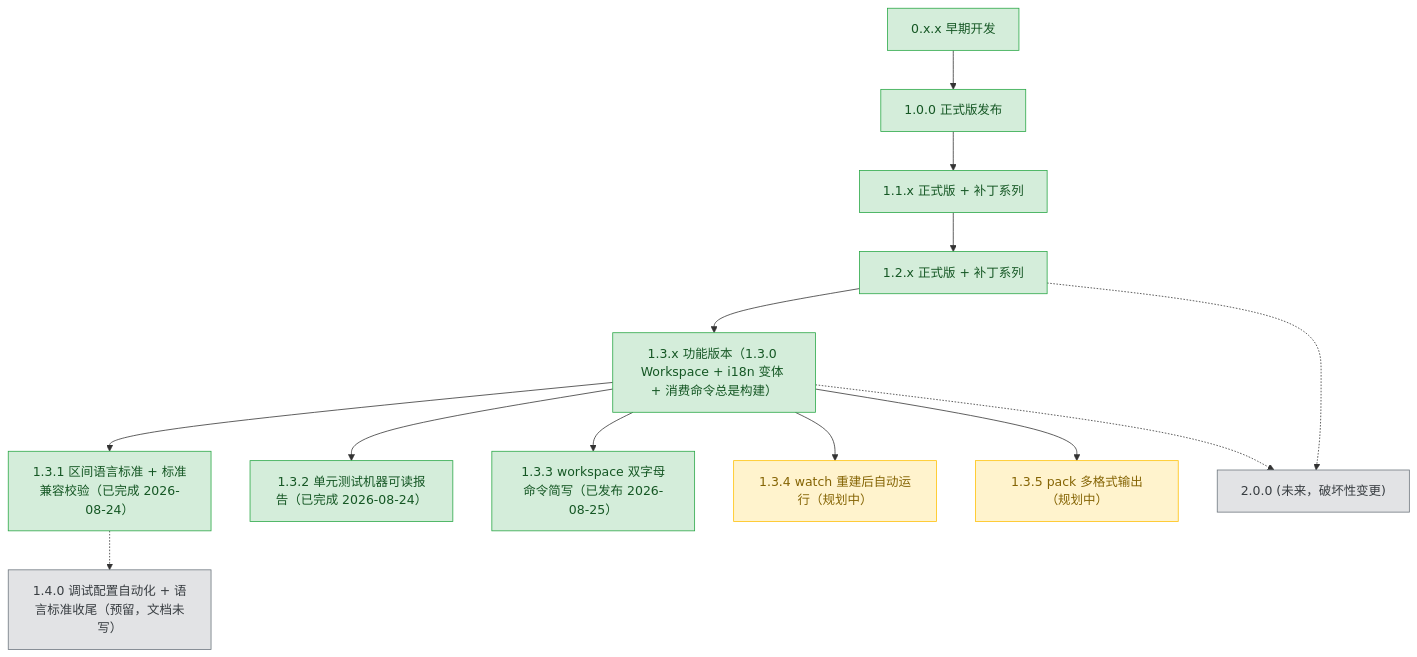
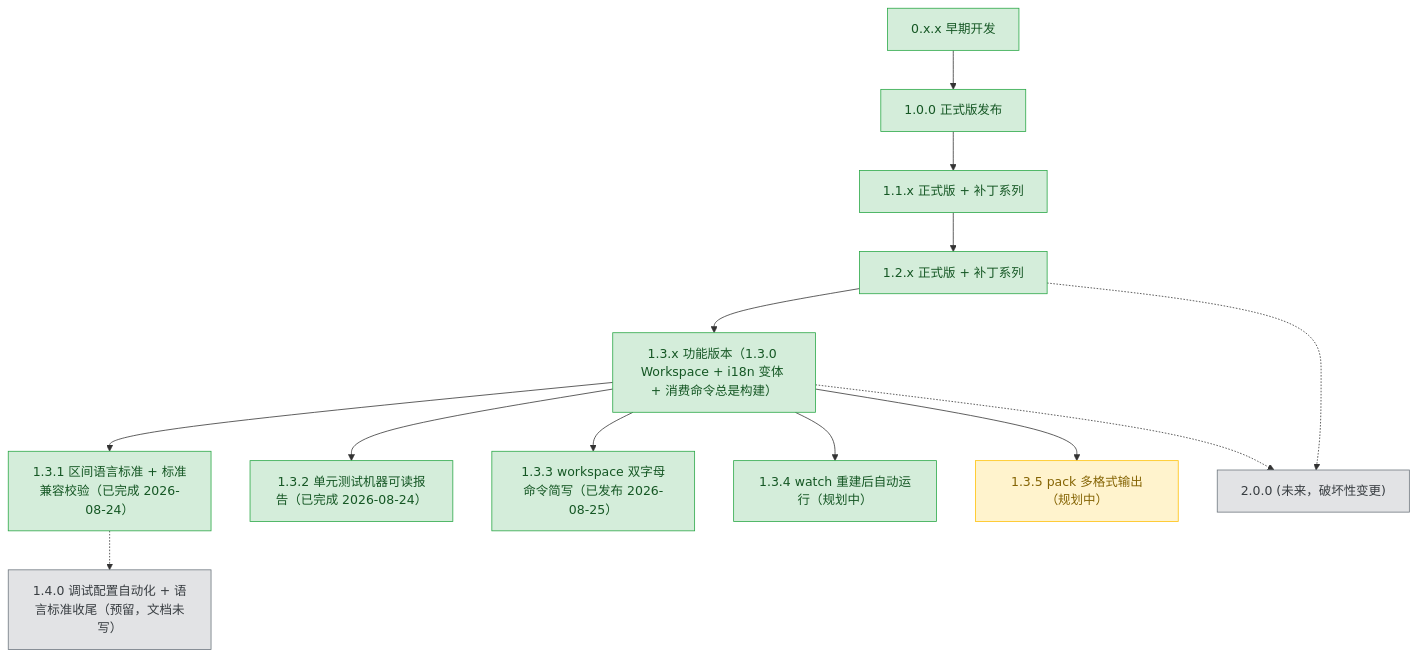
One commit to 3667808244/EazyMake changed the diagram in plans/README.md. Above: the diagram before and after it, drawn with Mermaid. The commit also changed other lines of this file and 5 other files, not shown here.

````diff
--- a/plans/README.md
+++ b/plans/README.md
@@ -63,44 +62,45 @@
 ```mermaid
 graph TD
     v0xx["0.x.x 早期开发"]
     v100["1.0.0 正式版发布"]
     v11x["1.1.x 正式版 + 补丁系列"]
     v12x["1.2.x 正式版 + 补丁系列"]
     v13x["1.3.x 功能版本（1.3.0 Workspace + i18n 变体 + 消费命令总是构建）"]
     v131["1.3.1 区间语言标准 + 标准兼容校验（已完成 2026-08-24）"]
     v132["1.3.2 单元测试机器可读报告（已完成 2026-08-24）"]
     v133["1.3.3 workspace 双字母命令简写（已发布 2026-08-25）"]
+    v134["1.3.4 watch 重建后自动运行（已完成 2026-08-25）"]
     v134["1.3.4 watch 重建后自动运行（规划中）"]
     v135["1.3.5 pack 多格式输出（规划中）"]
     v140["1.4.0 调试配置自动化 + 语言标准收尾（预留，文档未写）"]
     v200["2.0.0 (未来，破坏性变更)"]
 
     v0xx --> v100
     v100 --> v11x
     v11x --> v12x
     v12x --> v13x
     v13x --> v131
     v13x --> v132
     v13x --> v133
     v13x --> v134
     v13x --> v135
     v131 -.-> v140
     v12x -.-> v200
     v13x -.-> v200
 
     classDef done fill:#d4edda,stroke:#28a745,color:#155724;
     classDef active fill:#fff3cd,stroke:#ffc107,color:#856404;
     classDef todo fill:#e2e3e5,stroke:#6c757d,color:#383d41;
 
     class v0xx,v100 done;
     class v11x done;
     class v12x done;
     class v13x done;
     class v131 done;
     class v132 done;
     class v133 done;
-    class v134 active;
+    class v134 done;
     class v135 active;
     class v140 todo;
     class v200 todo;
 ```
````
